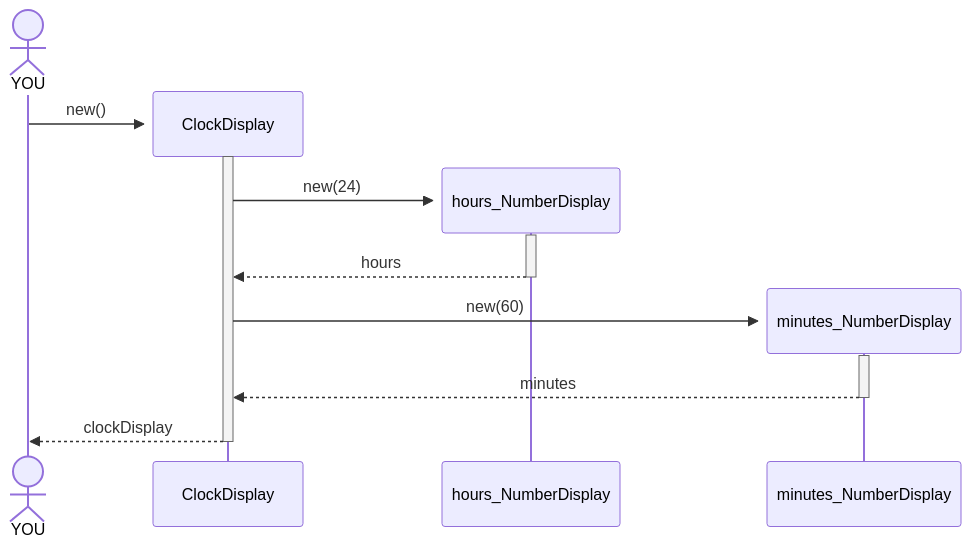
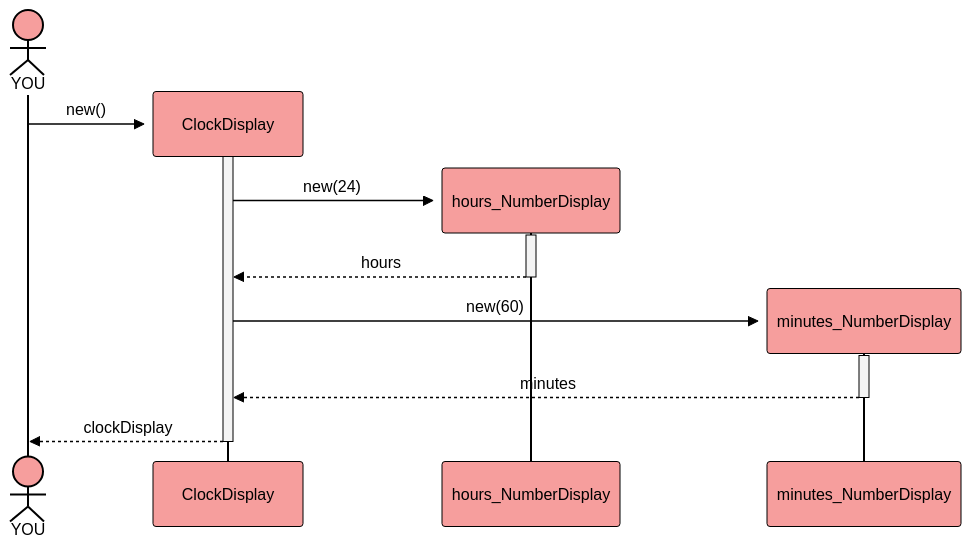
The second of 4 diagrams in hugo/content/material/info1/clock_display_refactoring/original_clock_display.md (bkleinen/bkleinen.github.io), drawn with Mermaid before and after one commit. The commit also changed other lines of this file and 15 other files, not shown here.

````diff
--- a/hugo/content/material/info1/clock_display_refactoring/original_clock_display.md
+++ b/hugo/content/material/info1/clock_display_refactoring/original_clock_display.md
@@ -58,15 +58,28 @@
 ```mermaid
-
+%%{
+  init: {
+    'theme': 'base',
+    'themeVariables': {
+      'primaryColor': '#f69e9d', 
+      'primaryTextColor': '#000',
+      'primaryBorderColor': '#000',
+      'lineColor': '#F8B229',
+      'secondaryColor': '#f4f4f4',
+      'activationBorderColor': '#000',
+      'tertiaryColor': '#fff'
+    }
+  }
+}%%
 sequenceDiagram
     actor YOU
     create Participant ClockDisplay
     YOU->>+ClockDisplay: new()
     create Participant hours_NumberDisplay
     ClockDisplay->>+hours_NumberDisplay:new(24)
     hours_NumberDisplay-->>-ClockDisplay:hours
     create Participant minutes_NumberDisplay
     ClockDisplay->>+minutes_NumberDisplay:new(60)
     minutes_NumberDisplay-->>-ClockDisplay:minutes
     ClockDisplay-->>-YOU:clockDisplay
 
 ```
````
